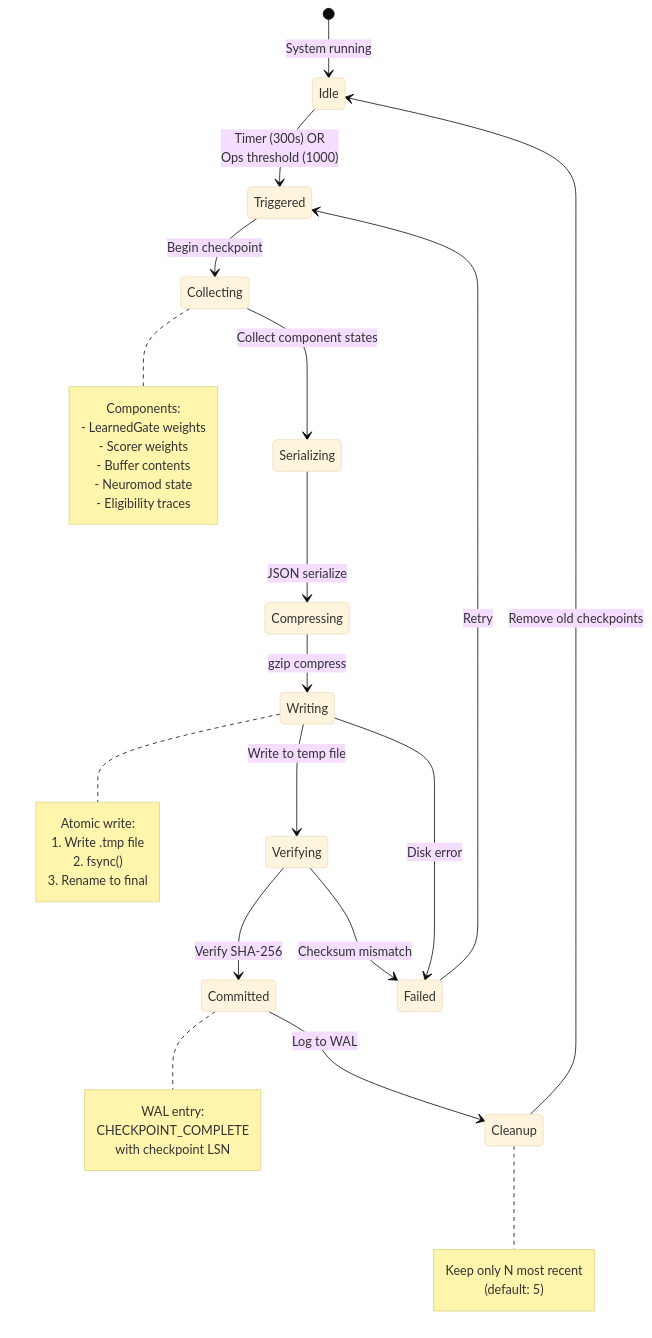
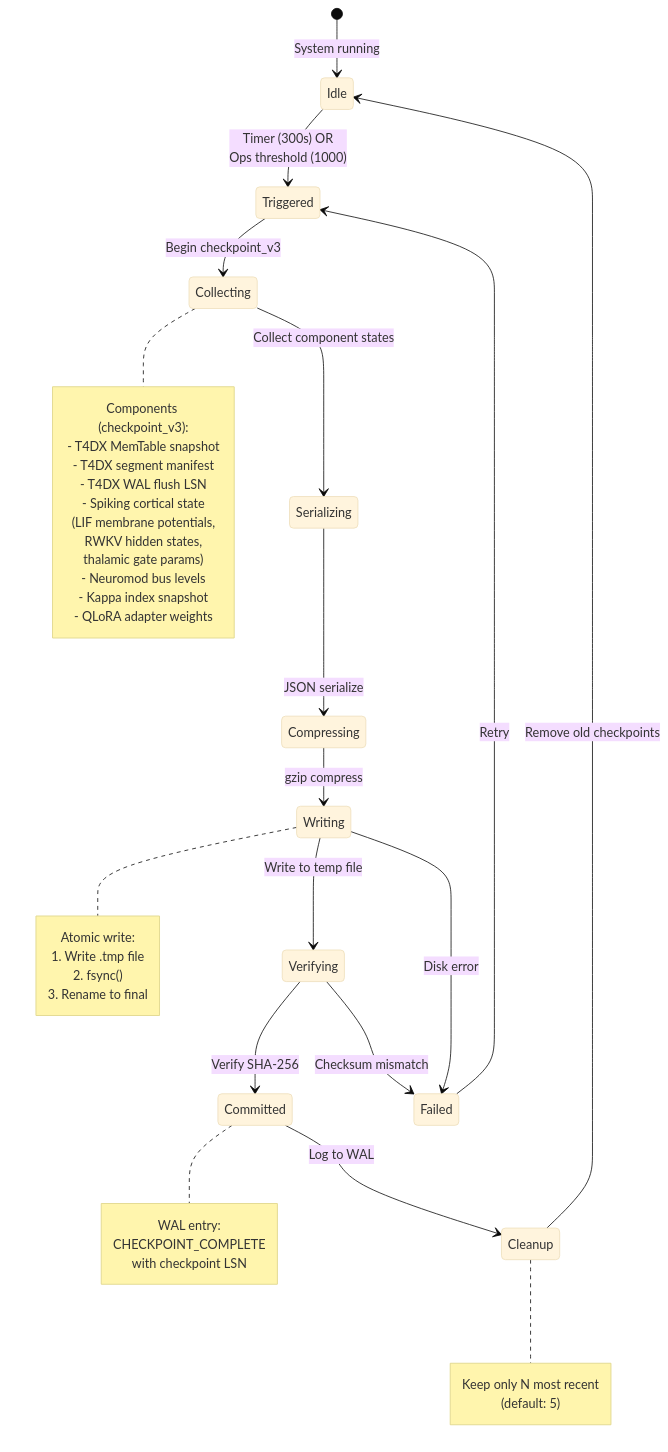
The diagram in docs/diagrams/checkpoint_lifecycle.mmd (astoreyai/t4d), drawn with Mermaid before and after one commit. The commit also changed 31 other files, not shown here.

```diff
--- a/docs/diagrams/checkpoint_lifecycle.mmd
+++ b/docs/diagrams/checkpoint_lifecycle.mmd
@@ -1,50 +1,55 @@
 %%{init: {'theme': 'base'}}%%
 
 stateDiagram-v2
     [*] --> Idle: System running
 
     Idle --> Triggered: Timer (300s) OR<br/>Ops threshold (1000)
 
-    Triggered --> Collecting: Begin checkpoint
+    Triggered --> Collecting: Begin checkpoint_v3
 
     Collecting --> Serializing: Collect component states
     note right of Collecting
-        Components:
-        - LearnedGate weights
-        - Scorer weights
-        - Buffer contents
-        - Neuromod state
-        - Eligibility traces
+        Components (checkpoint_v3):
+        - T4DX MemTable snapshot
+        - T4DX segment manifest
+        - T4DX WAL flush LSN
+        - Spiking cortical state
+          (LIF membrane potentials,
+           RWKV hidden states,
+           thalamic gate params)
+        - Neuromod bus levels
+        - Kappa index snapshot
+        - QLoRA adapter weights
     end note
 
     Serializing --> Compressing: JSON serialize
 
     Compressing --> Writing: gzip compress
 
     Writing --> Verifying: Write to temp file
     note right of Writing
         Atomic write:
         1. Write .tmp file
         2. fsync()
         3. Rename to final
     end note
 
     Verifying --> Committed: Verify SHA-256
 
     Committed --> Cleanup: Log to WAL
     note right of Committed
         WAL entry:
         CHECKPOINT_COMPLETE
         with checkpoint LSN
     end note
 
     Cleanup --> Idle: Remove old checkpoints
     note right of Cleanup
         Keep only N most recent
         (default: 5)
     end note
 
     Verifying --> Failed: Checksum mismatch
     Failed --> Triggered: Retry
 
     Writing --> Failed: Disk error
```
